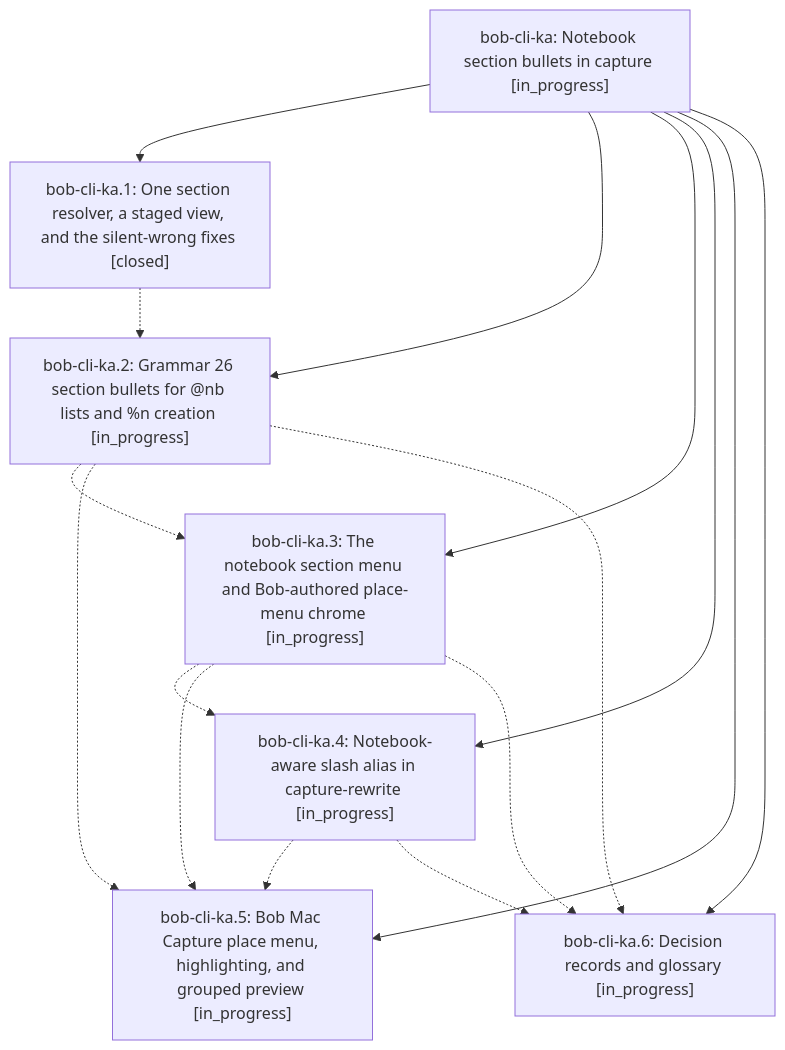
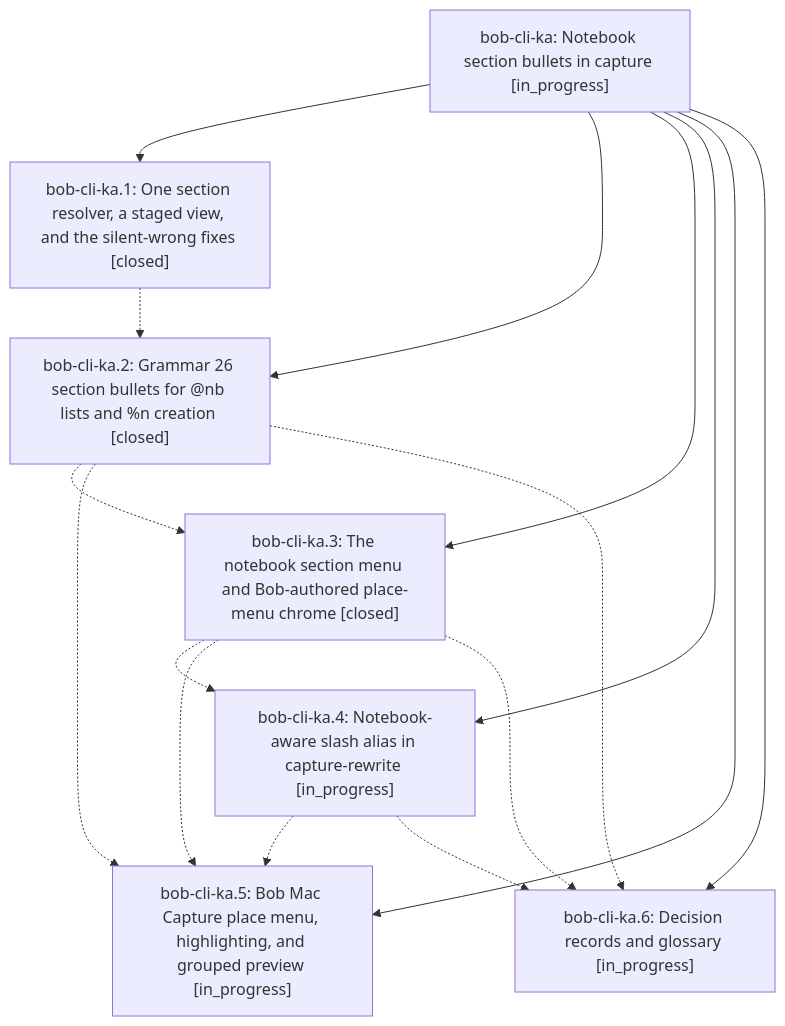
The diagram in pages/bob-cli-ka/README.md (bobs-org/bob-cli--beads), drawn with Mermaid before and after one commit. The commit also changed other lines of this file and 6 other files, not shown here.

First line of the commit message:
chore(beads): sync bead state and pages for bob-cli-ka

````diff
--- a/pages/bob-cli-ka/README.md
+++ b/pages/bob-cli-ka/README.md
@@ -39,25 +39,25 @@
 ```mermaid
 flowchart TD
     n0["bob-cli-ka: Notebook section bullets in capture [in_progress]"]
     n1["bob-cli-ka.1: One section resolver, a staged view, and the silent-wrong fixes [closed]"]
-    n2["bob-cli-ka.2: Grammar 26 section bullets for @nb lists and %n creation [in_progress]"]
-    n3["bob-cli-ka.3: The notebook section menu and Bob-authored place-menu chrome [in_progress]"]
+    n2["bob-cli-ka.2: Grammar 26 section bullets for @nb lists and %n creation [closed]"]
+    n3["bob-cli-ka.3: The notebook section menu and Bob-authored place-menu chrome [closed]"]
     n4["bob-cli-ka.4: Notebook-aware slash alias in capture-rewrite [in_progress]"]
     n5["bob-cli-ka.5: Bob Mac Capture place menu, highlighting, and grouped preview [in_progress]"]
     n6["bob-cli-ka.6: Decision records and glossary [in_progress]"]
     n0 --> n1
     n0 --> n2
     n0 --> n3
     n0 --> n4
     n0 --> n5
     n0 --> n6
     n1 -.-> n2
     n2 -.-> n3
     n2 -.-> n5
     n2 -.-> n6
     n3 -.-> n4
     n3 -.-> n5
     n3 -.-> n6
     n4 -.-> n5
     n4 -.-> n6
 ```
````
